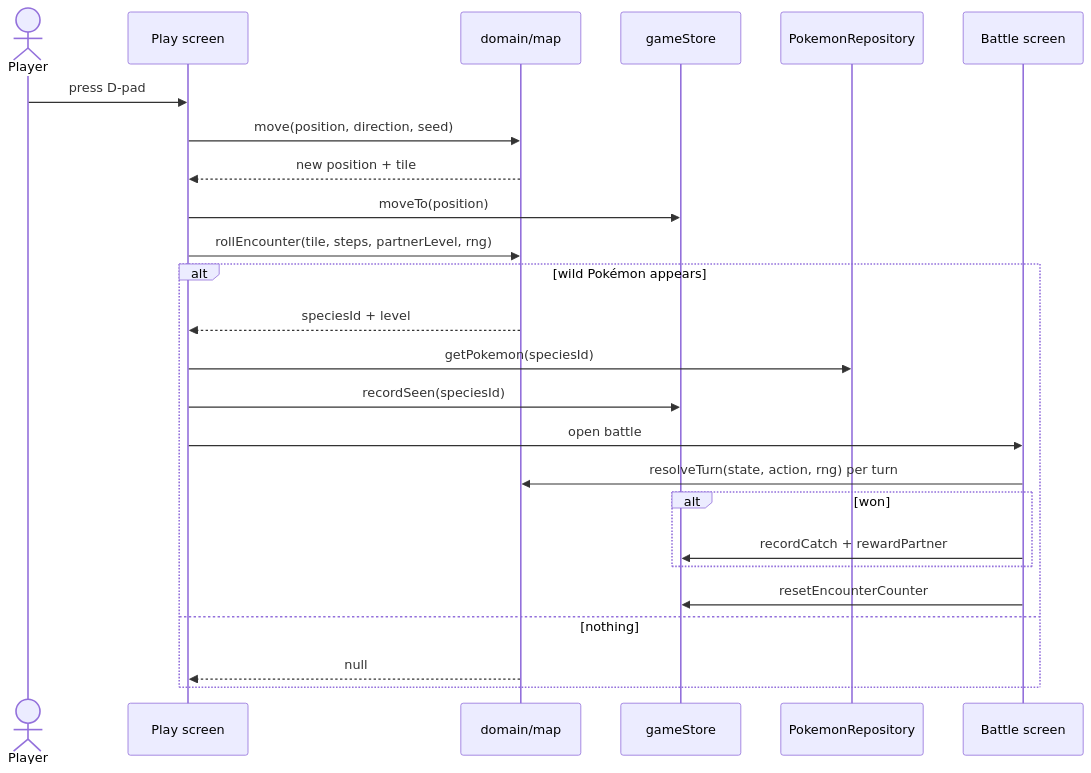
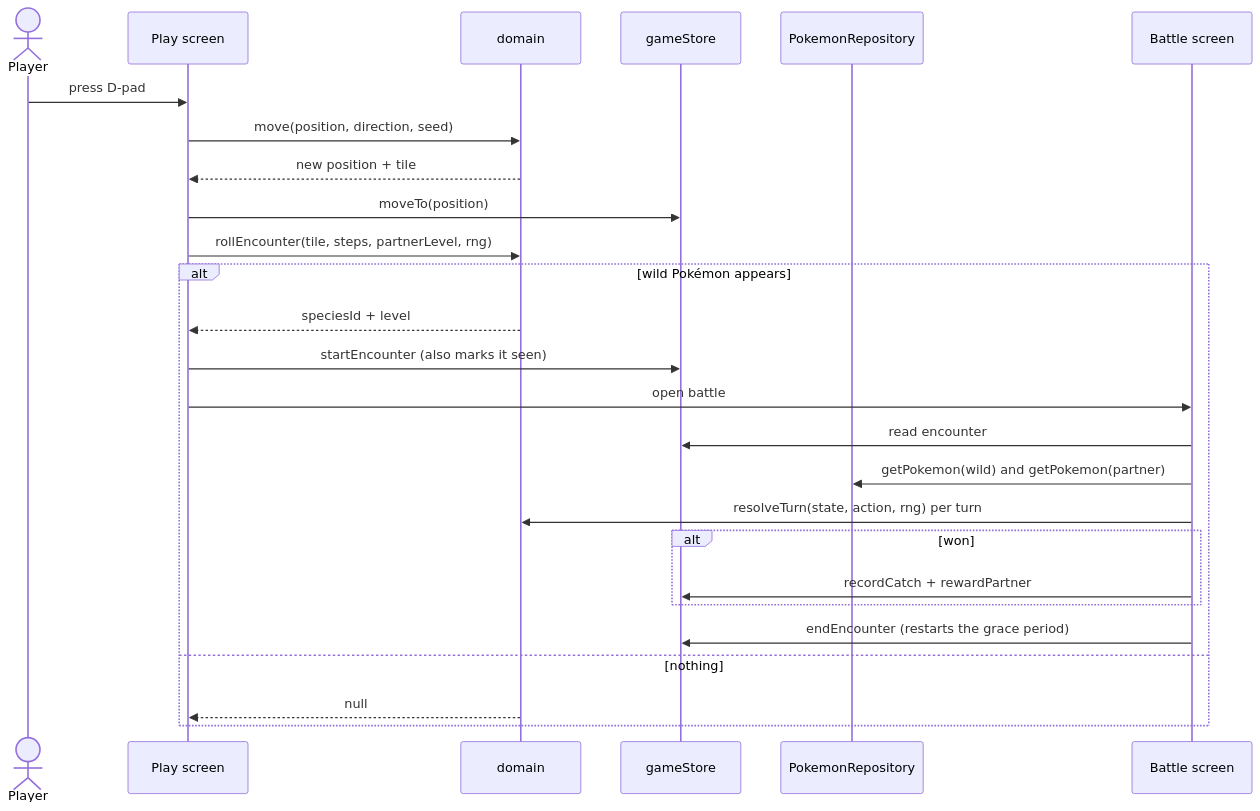
The third of 3 diagrams in docs/ARCHITECTURE.md (agusnuryady/pokedex-quest), drawn with Mermaid before and after one commit. The commit also changed other lines of this file and 26 other files, not shown here.

Commit message:
feat: play map, starter pick and battles

````diff
--- a/docs/ARCHITECTURE.md
+++ b/docs/ARCHITECTURE.md
@@ -112,28 +110,29 @@
 ```mermaid
 sequenceDiagram
     actor Player
     participant Play as Play screen
-    participant Domain as domain/map
+    participant Domain as domain
     participant Store as gameStore
     participant Repo as PokemonRepository
     participant Battle as Battle screen
 
     Player->>Play: press D-pad
     Play->>Domain: move(position, direction, seed)
     Domain-->>Play: new position + tile
     Play->>Store: moveTo(position)
     Play->>Domain: rollEncounter(tile, steps, partnerLevel, rng)
     alt wild Pokémon appears
         Domain-->>Play: speciesId + level
-        Play->>Repo: getPokemon(speciesId)
-        Play->>Store: recordSeen(speciesId)
+        Play->>Store: startEncounter (also marks it seen)
         Play->>Battle: open battle
+        Battle->>Store: read encounter
+        Battle->>Repo: getPokemon(wild) and getPokemon(partner)
         Battle->>Domain: resolveTurn(state, action, rng) per turn
         alt won
             Battle->>Store: recordCatch + rewardPartner
         end
-        Battle->>Store: resetEncounterCounter
+        Battle->>Store: endEncounter (restarts the grace period)
     else nothing
         Domain-->>Play: null
     end
 ```
````
